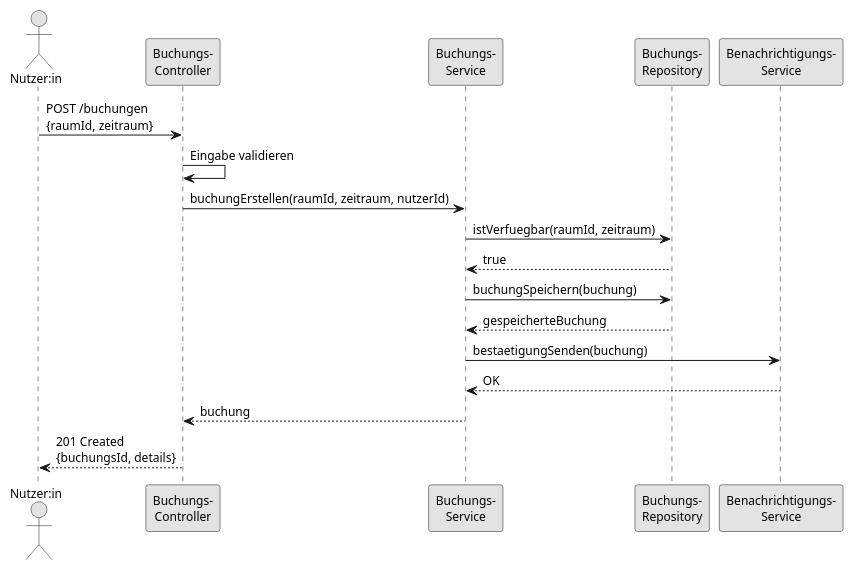
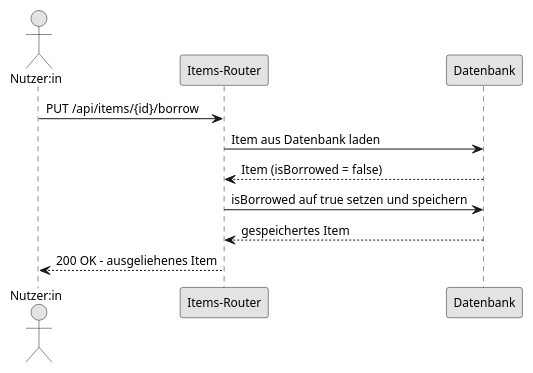
The third of 5 diagrams in docs/technical/design.adoc (GWMDS/LeihListe), drawn with PlantUML before and after one commit. The commit also changed other lines of this file, not shown here.

Commit message:
docs(design): add sequence diagrams for borrow item workflow

```diff
--- a/docs/technical/design.adoc
+++ b/docs/technical/design.adoc
@@ -167,26 +167,19 @@
-[plantuml, sequence-booking, svg]
+[plantuml, sequence-borrow, svg]
 ....
 @startuml
 skinparam monochrome true
 skinparam defaultFontSize 12
 
 actor "Nutzer:in" as user
-participant "Buchungs-\nController" as ctrl
-participant "Buchungs-\nService" as svc
-participant "Buchungs-\nRepository" as repo
-participant "Benachrichtigungs-\nService" as notify
+participant "Items-Router" as router
+participant "Datenbank" as db
 
-user -> ctrl : POST /buchungen\n{raumId, zeitraum}
-ctrl -> ctrl : Eingabe validieren
-ctrl -> svc : buchungErstellen(raumId, zeitraum, nutzerId)
-svc -> repo : istVerfuegbar(raumId, zeitraum)
-repo --> svc : true
-svc -> repo : buchungSpeichern(buchung)
-repo --> svc : gespeicherteBuchung
-svc -> notify : bestaetigungSenden(buchung)
-notify --> svc : OK
-svc --> ctrl : buchung
-ctrl --> user : 201 Created\n{buchungsId, details}
+user -> router : PUT /api/items/{id}/borrow
+router -> db : Item aus Datenbank laden
+db --> router : Item (isBorrowed = false)
+router -> db : isBorrowed auf true setzen und speichern
+db --> router : gespeichertes Item
+router --> user : 200 OK – ausgeliehenes Item
 
 @enduml
 ....
```
